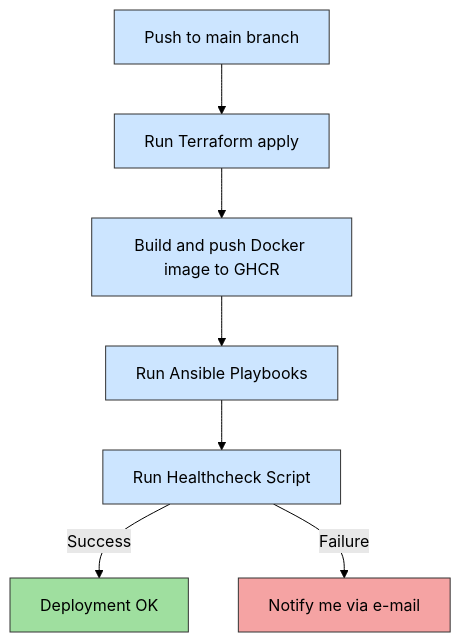
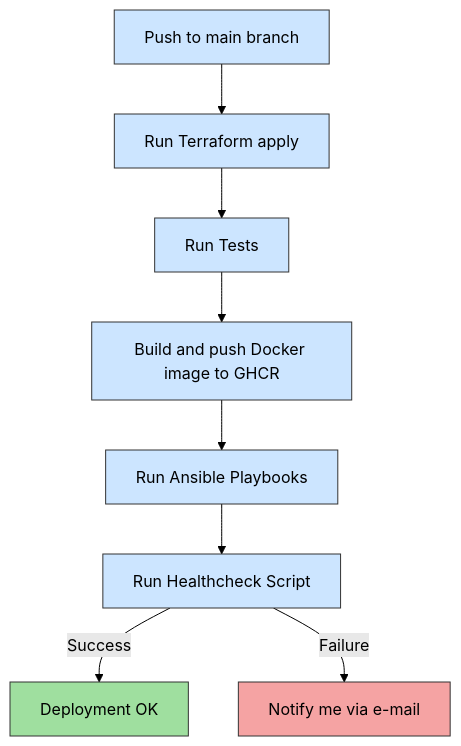
Before and after one commit to hkarol-10/PROD-portfolio-devops-project: the diagram in README.md, drawn with Mermaid (forest theme). The commit also changed other lines of this file and 15 other files, not shown here.

````diff
--- a/README.md
+++ b/README.md
@@ -70,17 +102,19 @@
 ```mermaid
 flowchart TD
     A[Push to main branch] --> B[Run Terraform apply]
-    B --> C[Build and push Docker image to GHCR]
-    C --> D[Run Ansible Playbooks]
-    D --> E[Run Healthcheck Script]
-    E -->|Success| F[Deployment OK]
-    E -->|Failure| G[Notify me via e-mail]
+    B --> C[Run Tests]
+    C --> D[Build and push Docker image to GHCR]
+    D --> E[Run Ansible Playbooks]
+    E --> F[Run Healthcheck Script]
+    F -->|Success| G[Deployment OK]
+    F -->|Failure| H[Notify me via e-mail]
 
     style A fill:#cce5ff,stroke:#333,stroke-width:1px,color:#000
     style B fill:#cce5ff,stroke:#333,stroke-width:1px,color:#000
     style C fill:#cce5ff,stroke:#333,stroke-width:1px,color:#000
     style D fill:#cce5ff,stroke:#333,stroke-width:1px,color:#000
     style E fill:#cce5ff,stroke:#333,stroke-width:1px,color:#000
-    style F fill:#9fdf9f,stroke:#333,stroke-width:1px,color:#000
-    style G fill:#f5a3a3,stroke:#333,stroke-width:1px,color:#000
+    style F fill:#cce5ff,stroke:#333,stroke-width:1px,color:#000
+    style G fill:#9fdf9f,stroke:#333,stroke-width:1px,color:#000
+    style H fill:#f5a3a3,stroke:#333,stroke-width:1px,color:#000
 ```
````
